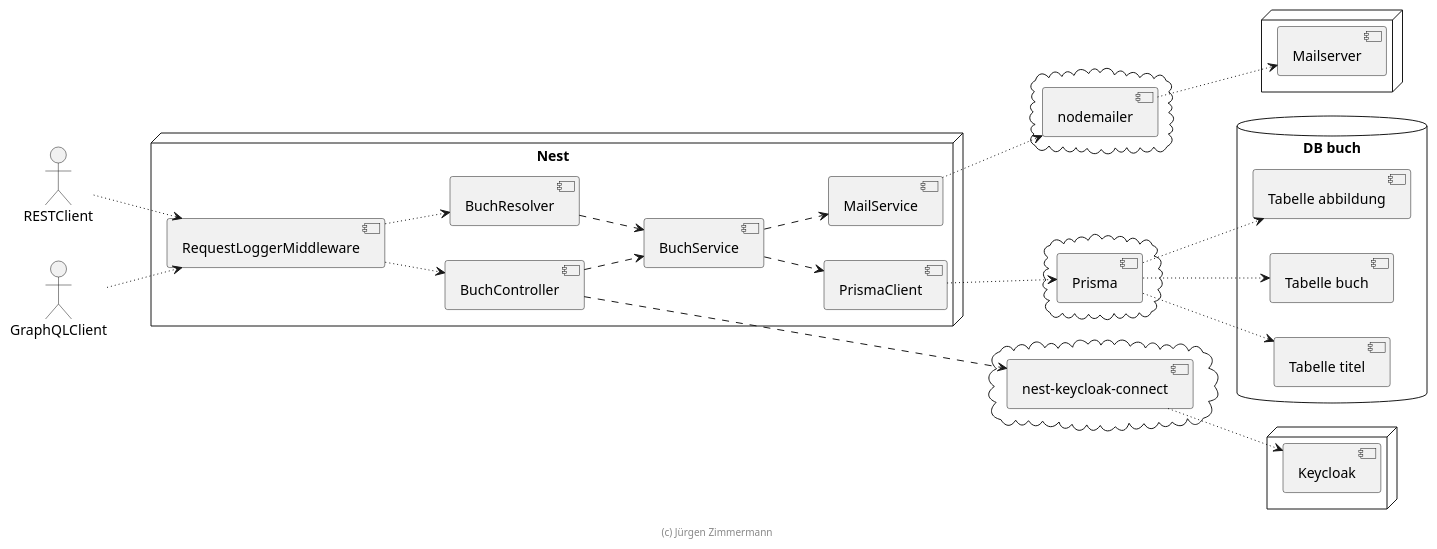
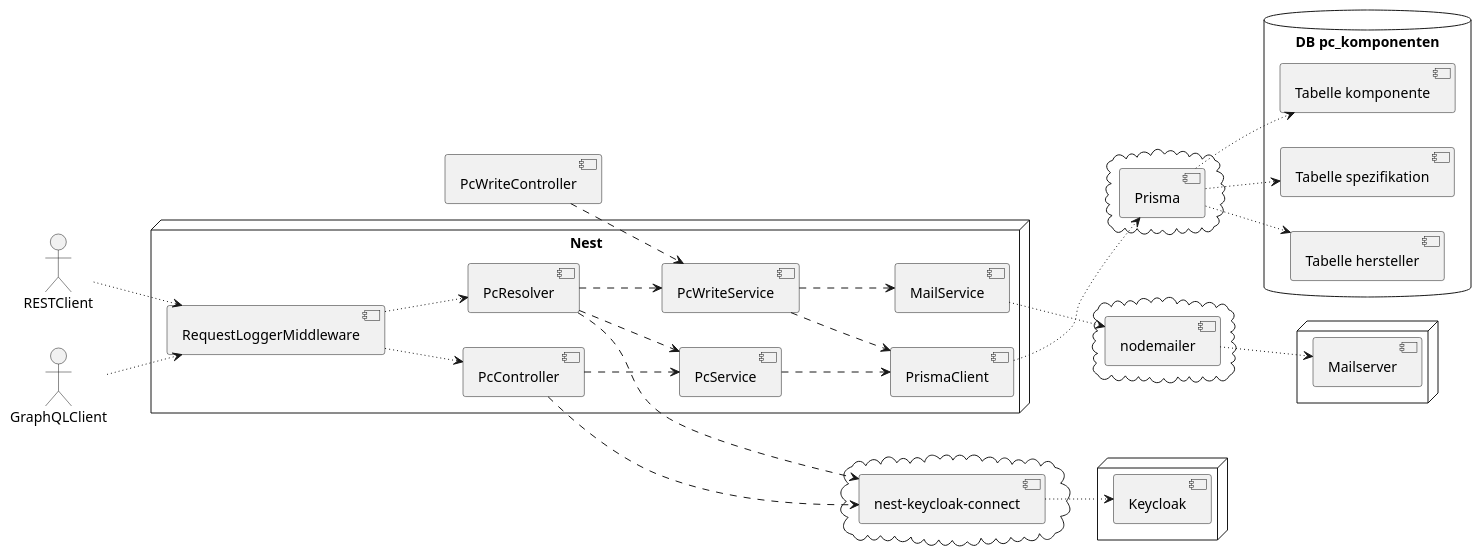
Before and after one commit to davidjjflaig/pc: the diagram in .extras/doc/projekthandbuch/architektur.plantuml, drawn with PlantUML. The commit also changed other lines of this file and 6 other files, not shown here.

```diff
--- a/.extras/doc/projekthandbuch/architektur.plantuml
+++ b/.extras/doc/projekthandbuch/architektur.plantuml
@@ -18,74 +1,75 @@
-@startuml Komponenten
+@startuml PC-Komponenten-Architektur
 
 left to right direction
 
 actor RESTClient
 actor GraphQLClient
 
 node "Nest" {
   [RequestLoggerMiddleware]
 
-  [BuchController]
-  [BuchResolver]
+  [PcController]
+  [PcResolver]
 
-  [BuchService]
+  [PcService]
+  [PcWriteService]
 
   [PrismaClient]
 
   [MailService]
 }
 
 
 cloud {
     [Prisma]
 }
 
 cloud {
     [nest-keycloak-connect]
 }
 
 cloud {
     [nodemailer]
 }
 
-database "DB buch" {
-    [Tabelle buch]
-    [Tabelle titel]
-    [Tabelle abbildung]
+database "DB pc_komponenten" {
+    [Tabelle komponente]
+    [Tabelle spezifikation]
+    [Tabelle hersteller]
 }
 
 node {
     [Keycloak]
 }
 
 node {
     [Mailserver]
 }
 
 RESTClient ~~> [RequestLoggerMiddleware]
 GraphQLClient ~~> [RequestLoggerMiddleware]
 
-[RequestLoggerMiddleware] ~~> [BuchController]
-[RequestLoggerMiddleware] ~~> [BuchResolver]
+[RequestLoggerMiddleware] ~~> [PcController]
+[RequestLoggerMiddleware] ~~> [PcResolver]
 
-[BuchController] ..> [BuchService]
-[BuchResolver] ..> [BuchService]
-[BuchService] ..> [PrismaClient]
+[PcController] ..> [PcService]
+[PcWriteController] ..> [PcWriteService]
+[PcResolver] ..> [PcService]
+[PcResolver] ..> [PcWriteService]
+
+[PcService] ..> [PrismaClient]
+[PcWriteService] ..> [PrismaClient]
+[PcWriteService] ..> [MailService]
 
 [PrismaClient] ~~> [Prisma]
-[Prisma] ~~> [Tabelle buch]
-[Prisma] ~~> [Tabelle titel]
-[Prisma] ~~> [Tabelle abbildung]
+[Prisma] ~~> [Tabelle komponente]
+[Prisma] ~~> [Tabelle spezifikation]
+[Prisma] ~~> [Tabelle hersteller]
 
-[BuchController] ..> [nest-keycloak-connect]
+[PcController] ...> [nest-keycloak-connect]
+[PcResolver] ...> [nest-keycloak-connect]
 [nest-keycloak-connect] ~~> [Keycloak]
-
-[BuchService] ..> [MailService]
 [MailService] ~~> [nodemailer]
 [nodemailer] ~~> [Mailserver]
 
-[MailService] ~[hidden]~> [nest-keycloak-connect]
-
-footer (c) Jürgen Zimmermann
-
 @enduml
```
